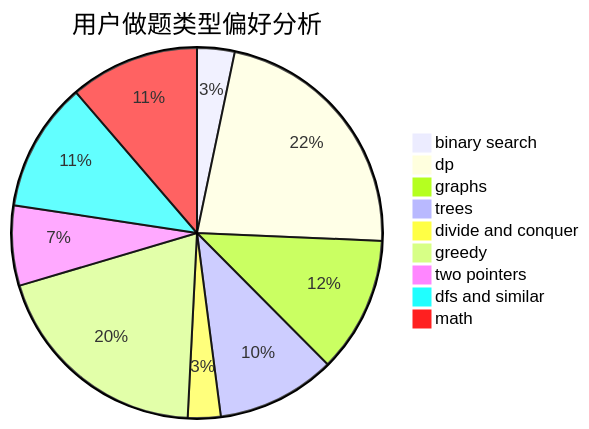
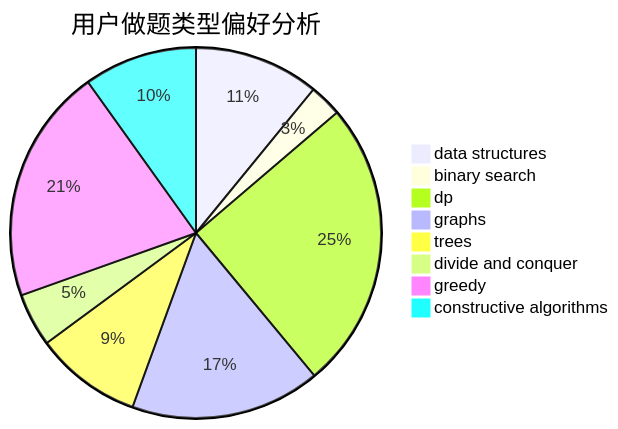
Before and after one commit to sherpahu/cfrs.github.io: the second of 3 diagrams in docs/user/u322.md, drawn with Mermaid. The commit also changed other lines of this file and 2775 other files, not shown here.

````diff
--- a/docs/user/u322.md
+++ b/docs/user/u322.md
@@ -23,12 +23,11 @@
 ```mermaid
 pie title 用户做题类型偏好分析
-    "binary search" :  47
-    "dp" :  321
-    "graphs" :  170
-    "trees" :  149
+    "data structures" :  96
+    "binary search" :  25
+    "dp" :  222
+    "graphs" :  146
+    "trees" :  82
     "divide and conquer" :  41
-    "greedy" :  281
-    "two pointers" :  100
-    "dfs and similar" :  162
-    "math" :  162
+    "greedy" :  181
+    "constructive algorithms" :  87
 ```
````
